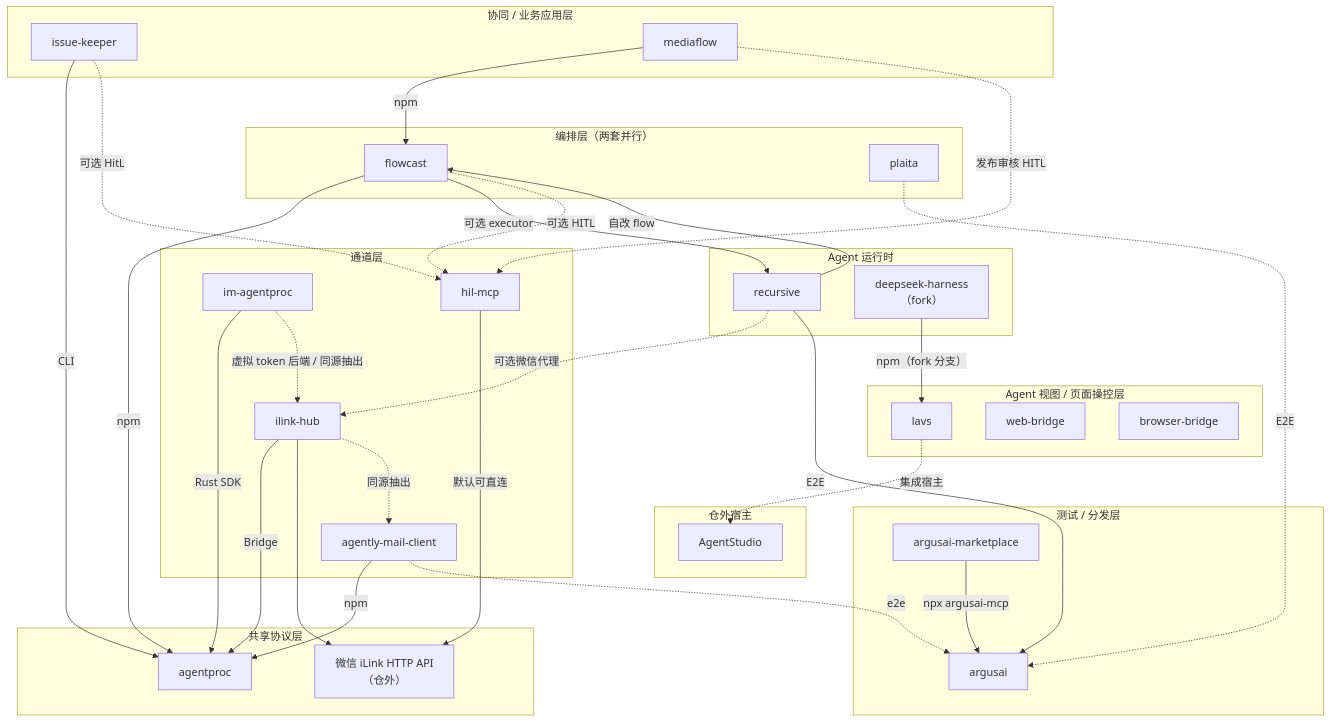
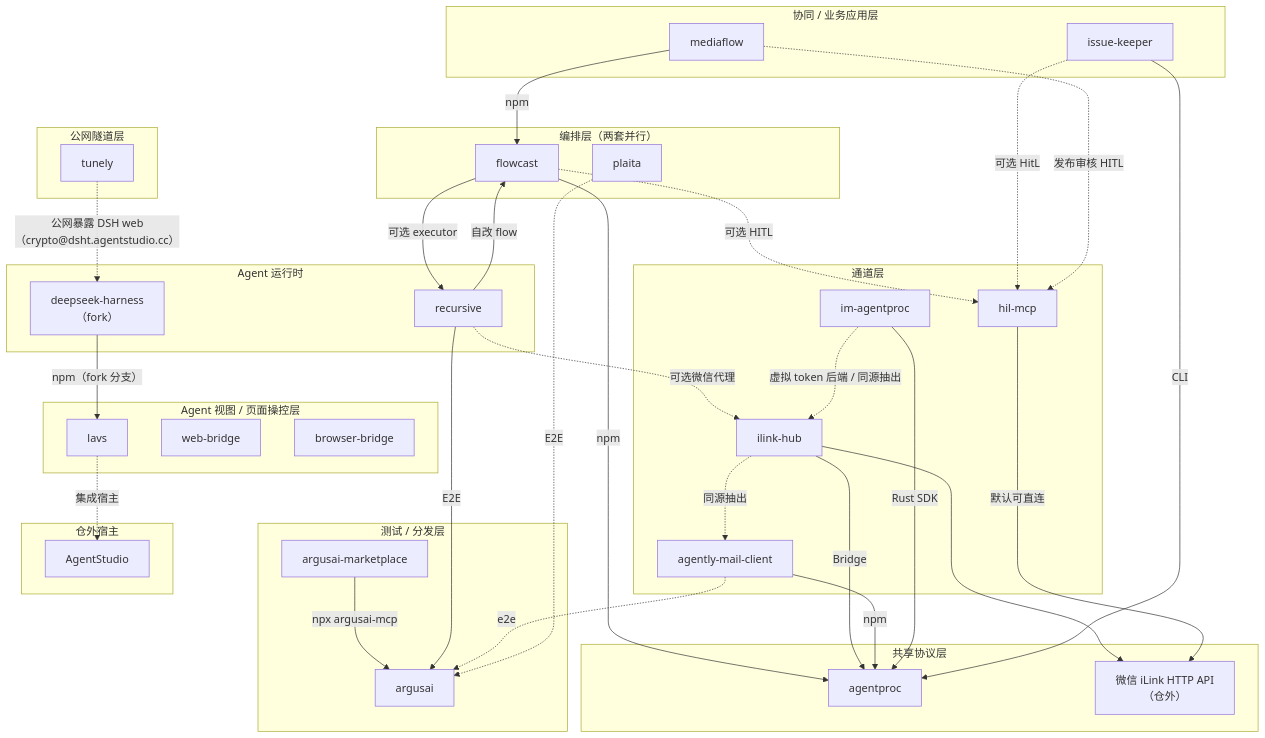
Before and after one commit to jeffkit/infra4agent: the first of 2 diagrams in docs/ARCHITECTURE.md, drawn with Mermaid. The commit also changed other lines of this file and 3 other files, not shown here.

First line of the commit message:
docs: 登记新子仓 tunely（公网 WebSocket 反向代理隧道，已部署 crypto 暴露本机 DSH）

````diff
--- a/docs/ARCHITECTURE.md
+++ b/docs/ARCHITECTURE.md
@@ -33,67 +33,72 @@
 ```mermaid
 flowchart TB
   subgraph collab["协同 / 业务应用层"]
     IK["issue-keeper"]
     MF["mediaflow"]
   end
 
   subgraph test["测试 / 分发层"]
     AM["argusai-marketplace"]
     AA["argusai"]
     AM -->|npx argusai-mcp| AA
   end
 
   subgraph ui["Agent 视图 / 页面操控层"]
     LAVS["lavs"]
     WB["web-bridge"]
     BB["browser-bridge"]
   end
 
   subgraph orch["编排层（两套并行）"]
     FC["flowcast"]
     PL["plaita"]
   end
 
   subgraph runtime["Agent 运行时"]
     REC["recursive"]
     DSH["deepseek-harness<br/>（fork）"]
   end
 
   subgraph channel["通道层"]
     IH["ilink-hub"]
     IMAP["im-agentproc"]
     HITL["hil-mcp"]
     MAIL["agently-mail-client"]
   end
 
+  subgraph tunnel["公网隧道层"]
+    TN["tunely"]
+  end
+
   subgraph shared["共享协议层"]
     AP["agentproc"]
     ILINK["微信 iLink HTTP API<br/>（仓外）"]
   end
 
   subgraph external["仓外宿主"]
     AS["AgentStudio"]
   end
 
   FC -->|npm| AP
   FC -->|可选 executor| REC
   FC -.->|可选 HITL| HITL
   REC -->|自改 flow| FC
   REC -.->|可选微信代理| IH
   REC -->|E2E| AA
   IH -->|Bridge| AP
   IH --> ILINK
   IH -.->|同源抽出| MAIL
   MAIL -->|npm| AP
   IMAP -->|Rust SDK| AP
   IMAP -.->|虚拟 token 后端 / 同源抽出| IH
   HITL -->|默认可直连| ILINK
   IK -->|CLI| AP
   IK -.->|可选 HitL| HITL
   MAIL -.->|e2e| AA
   PL -.->|E2E| AA
   MF -->|npm| FC
   MF -.->|发布审核 HITL| HITL
   DSH -->|npm（fork 分支）| LAVS
+  TN -.->|公网暴露 DSH web（crypto@dsht.agentstudio.cc）| DSH
   LAVS -.->|集成宿主| AS
 ```
````
